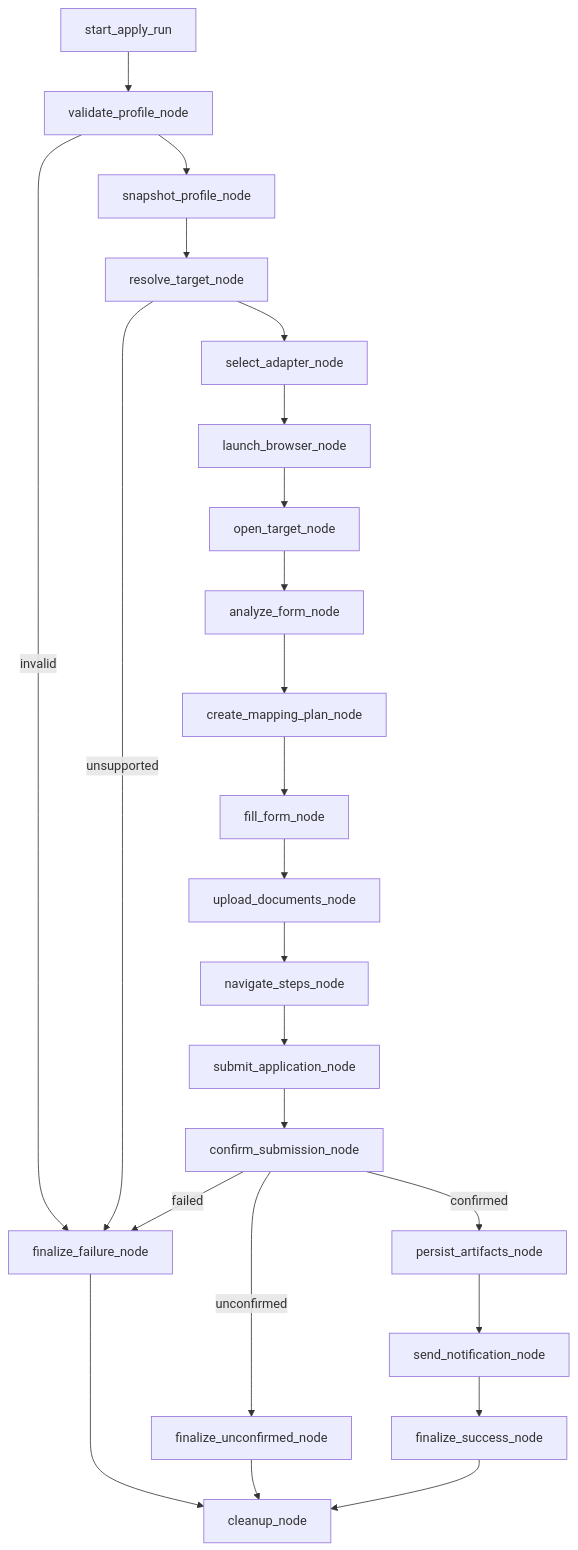
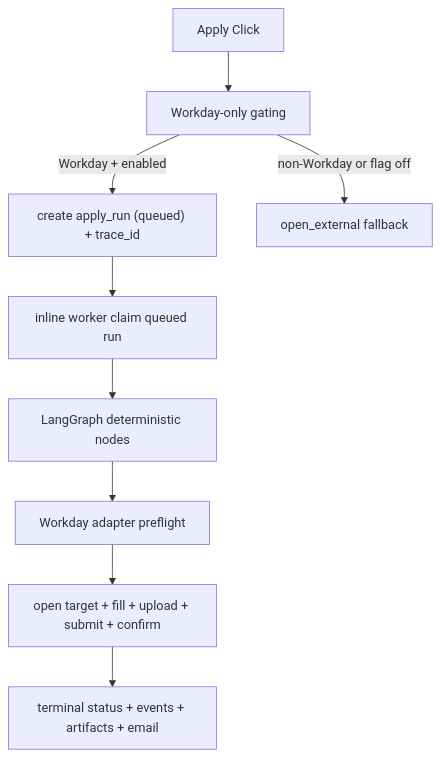
One commit to StefanoCaruso456/Career-AI changed the diagram in docs/architecture/autonomous-apply-system.md. Above: the diagram before and after it, drawn with Mermaid. The commit also changed other lines of this file and 33 other files, not shown here.

Commit message:
Harden Workday autonomous apply and gate to Workday-only rollout

````diff
--- a/docs/architecture/autonomous-apply-system.md
+++ b/docs/architecture/autonomous-apply-system.md
@@ -84,26 +32,11 @@
 ```mermaid
 flowchart TD
-    A["start_apply_run"] --> B["validate_profile_node"]
-    B -->|invalid| Z1["finalize_failure_node"]
-    B --> C["snapshot_profile_node"]
-    C --> D["resolve_target_node"]
-    D -->|unsupported| Z1
-    D --> E["select_adapter_node"]
-    E --> F["launch_browser_node"]
-    F --> G["open_target_node"]
-    G --> H["analyze_form_node"]
-    H --> I["create_mapping_plan_node"]
-    I --> J["fill_form_node"]
-    J --> K["upload_documents_node"]
-    K --> L["navigate_steps_node"]
-    L --> M["submit_application_node"]
-    M --> N["confirm_submission_node"]
-    N -->|confirmed| O["persist_artifacts_node"]
-    N -->|unconfirmed| Z2["finalize_unconfirmed_node"]
-    N -->|failed| Z1
-    O --> P["send_notification_node"]
-    P --> Q["finalize_success_node"]
-    Z1 --> R["cleanup_node"]
-    Z2 --> R
-    Q --> R
+    A["Apply Click"] --> B["Workday-only gating"]
+    B -->|Workday + enabled| C["create apply_run (queued) + trace_id"]
+    B -->|non-Workday or flag off| X["open_external fallback"]
+    C --> D["inline worker claim queued run"]
+    D --> E["LangGraph deterministic nodes"]
+    E --> F["Workday adapter preflight"]
+    F --> G["open target + fill + upload + submit + confirm"]
+    G --> H["terminal status + events + artifacts + email"]
 ```
````
